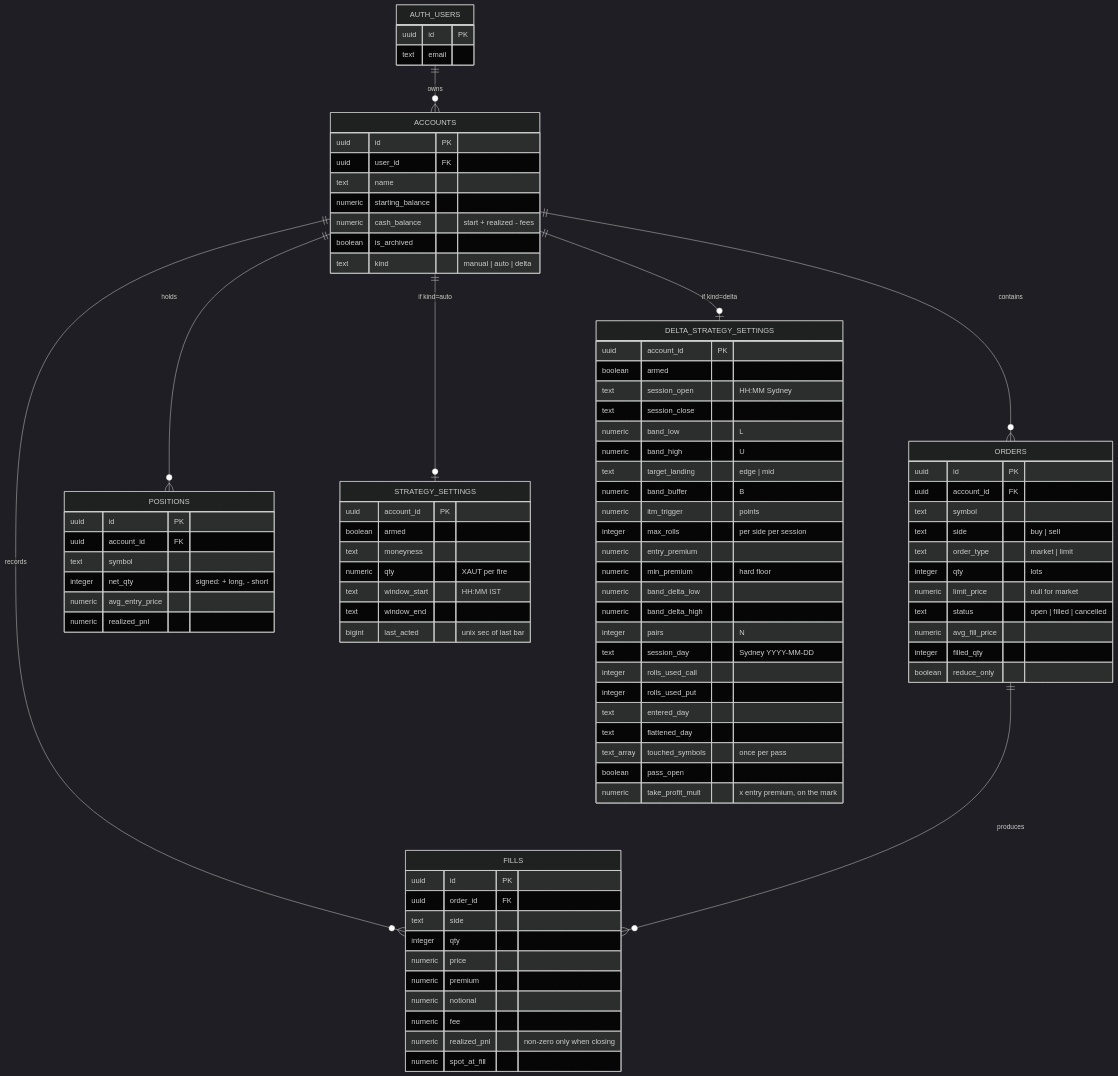
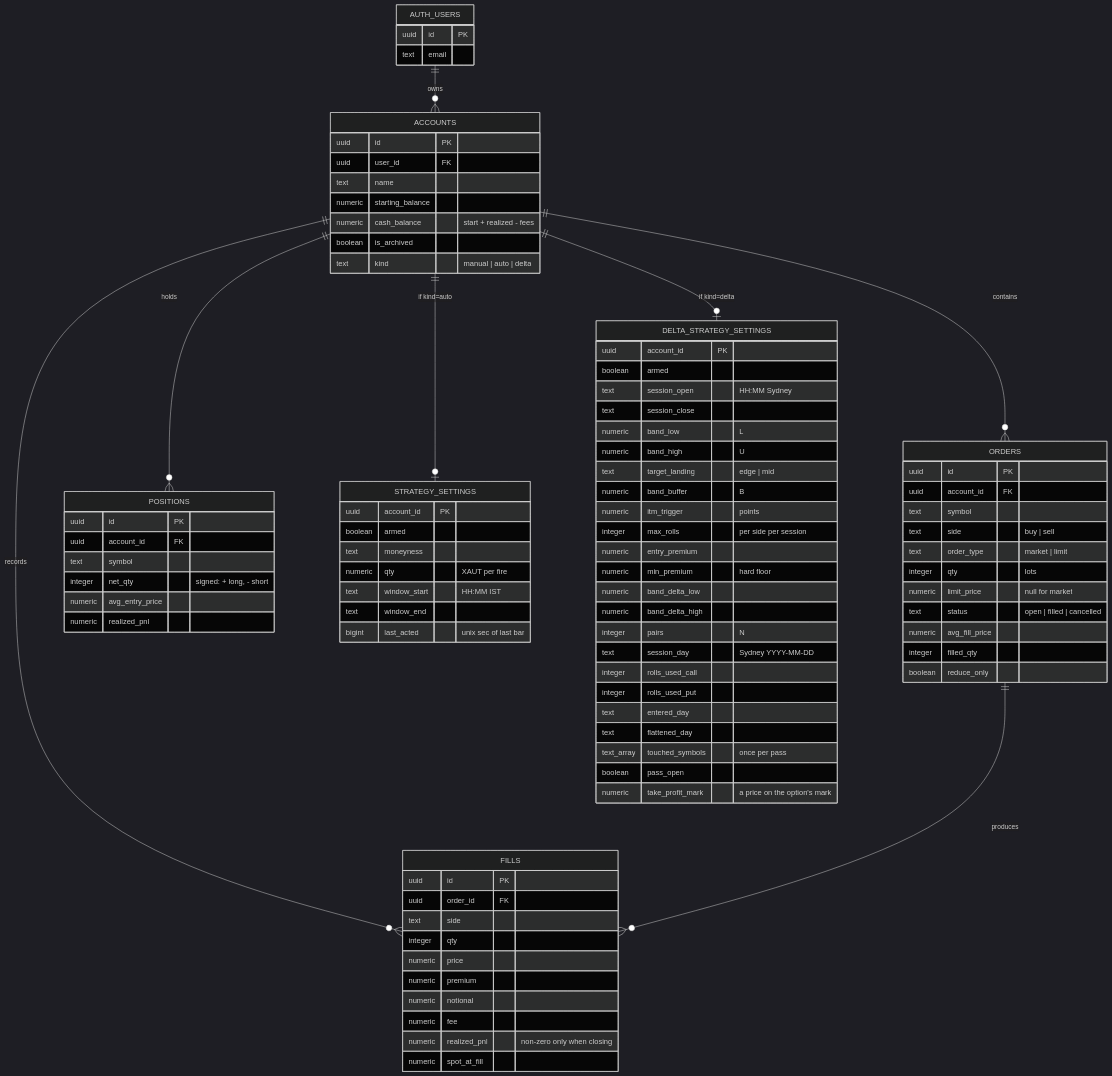
Before and after one commit to Vitti-Capital-Tech/XAUT-Options: the first of 6 diagrams in docs/LLD.md, drawn with Mermaid (dark theme). The commit also changed other lines of this file and 6 other files, not shown here.

First line of the commit message:
Read the delta take-profit as a mark price, not a multiple

```diff
--- a/docs/LLD.md
+++ b/docs/LLD.md
@@ -96,7 +96,7 @@
         text flattened_day
         text_array touched_symbols "once per pass"
         boolean pass_open
-        numeric take_profit_mult "x entry premium, on the mark"
+        numeric take_profit_mark "a price on the option's mark"
     }
     ORDERS {
         uuid id PK
```
